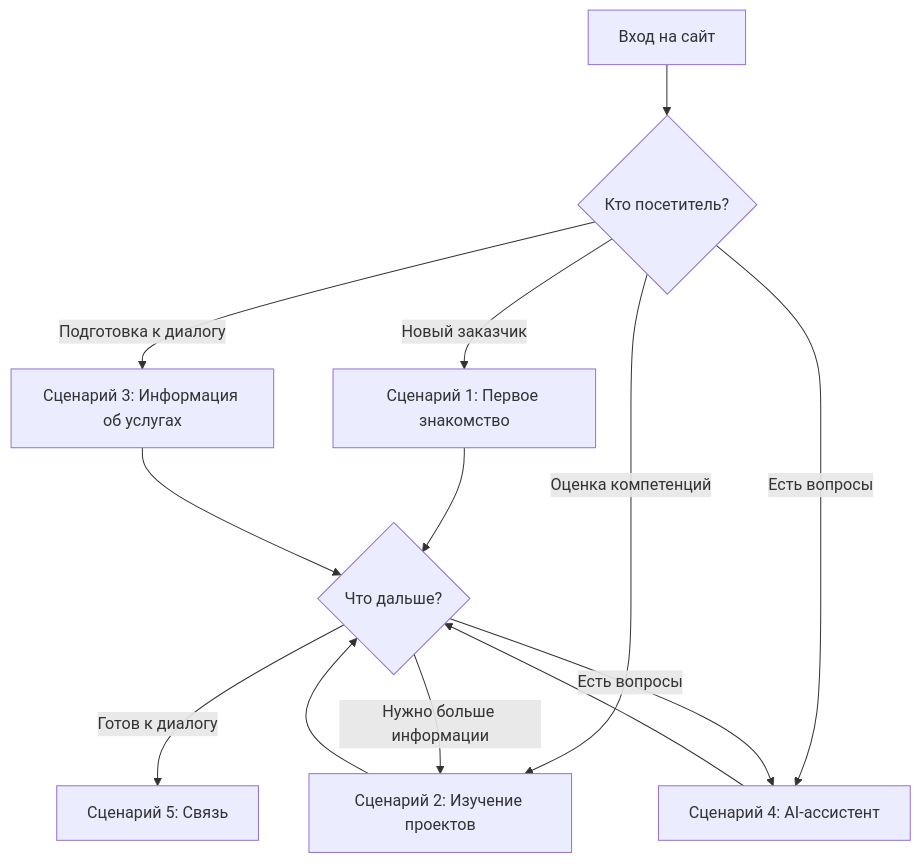
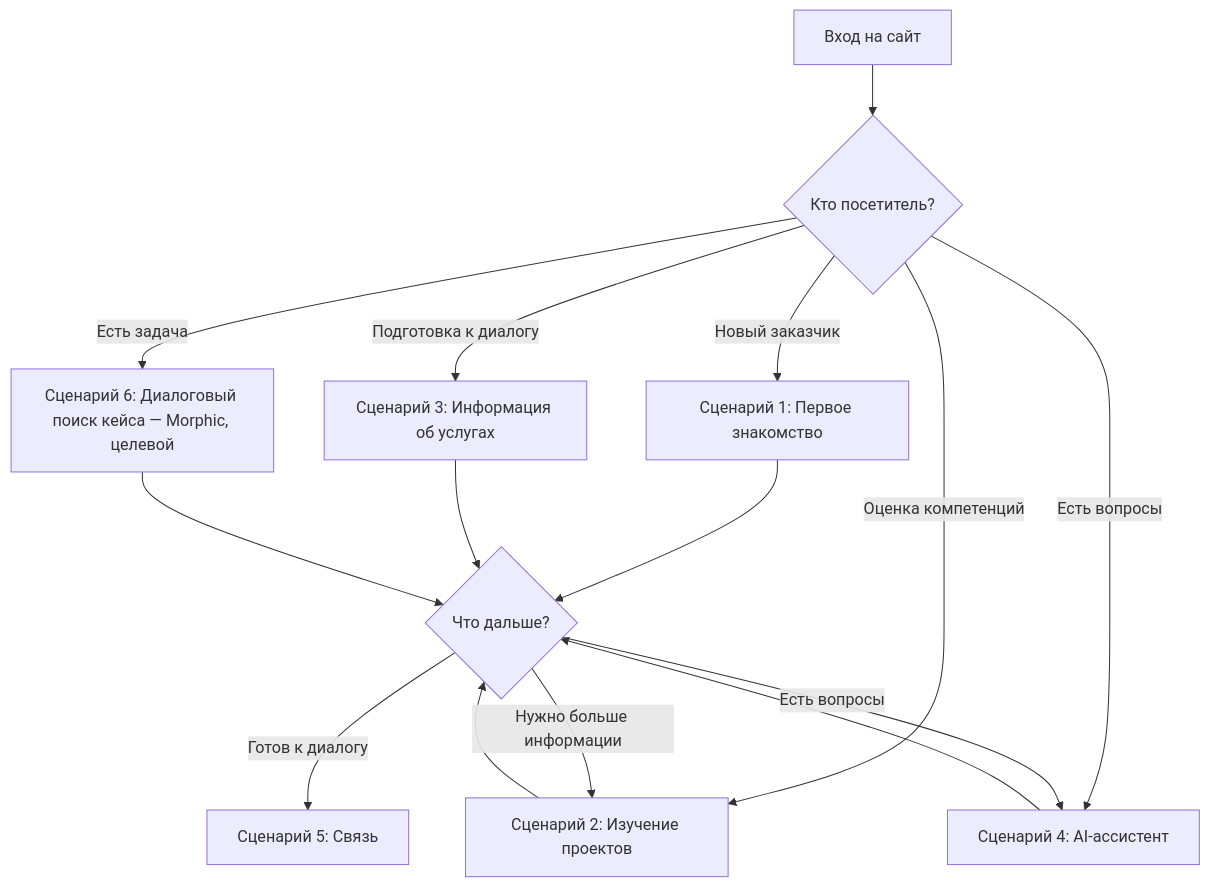
Before and after one commit to AlexLvGulyaev/AI-Portfolio: the first of 2 diagrams in docs/SPEC.md, drawn with Mermaid. The commit also changed other lines of this file and 16 other files, not shown here.

````diff
--- a/docs/SPEC.md
+++ b/docs/SPEC.md
@@ -155,18 +177,20 @@
 ```mermaid
 flowchart TD
     A[Вход на сайт] --> B{Кто посетитель?}
-    
+
     B -->|Новый заказчик| C[Сценарий 1: Первое знакомство]
     B -->|Оценка компетенций| D[Сценарий 2: Изучение проектов]
     B -->|Подготовка к диалогу| E[Сценарий 3: Информация об услугах]
     B -->|Есть вопросы| F[Сценарий 4: AI-ассистент]
-    
+    B -->|Есть задача| M[Сценарий 6: Диалоговый поиск кейса — Morphic, целевой]
+
     C --> G{Что дальше?}
     D --> G
     E --> G
     F --> G
-    
+    M --> G
+
     G -->|Готов к диалогу| H[Сценарий 5: Связь]
     G -->|Нужно больше информации| D
     G -->|Есть вопросы| F
 ```
````
